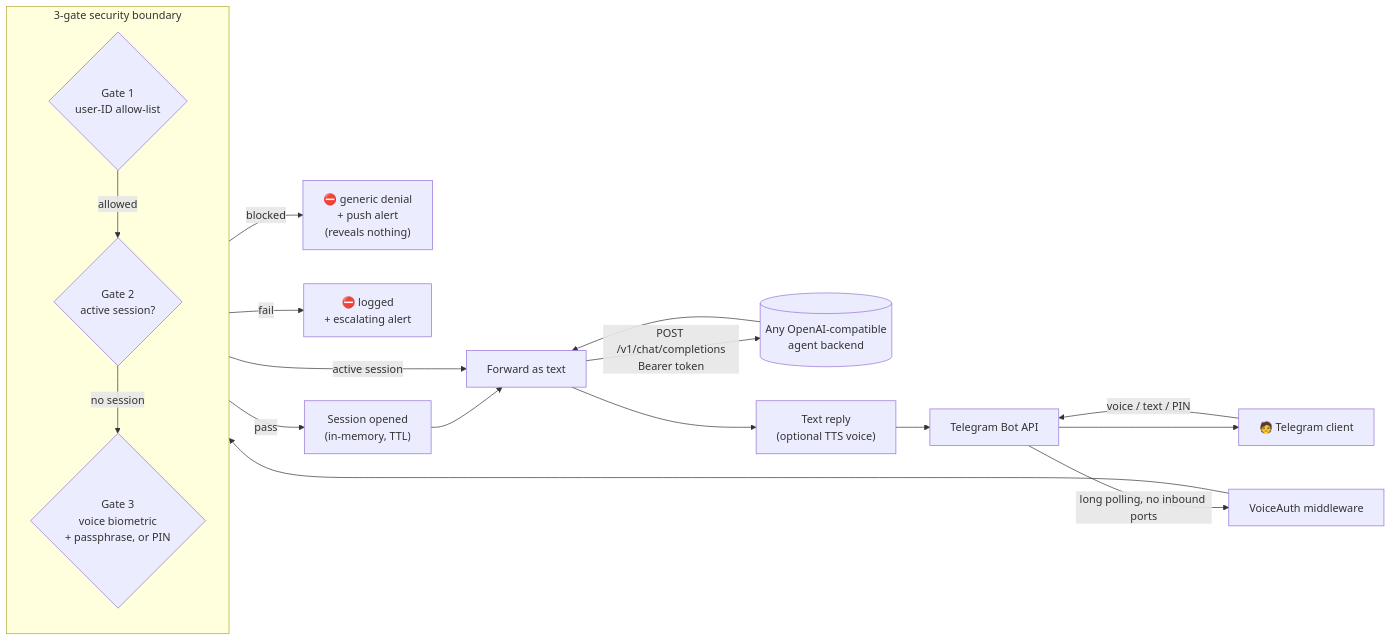
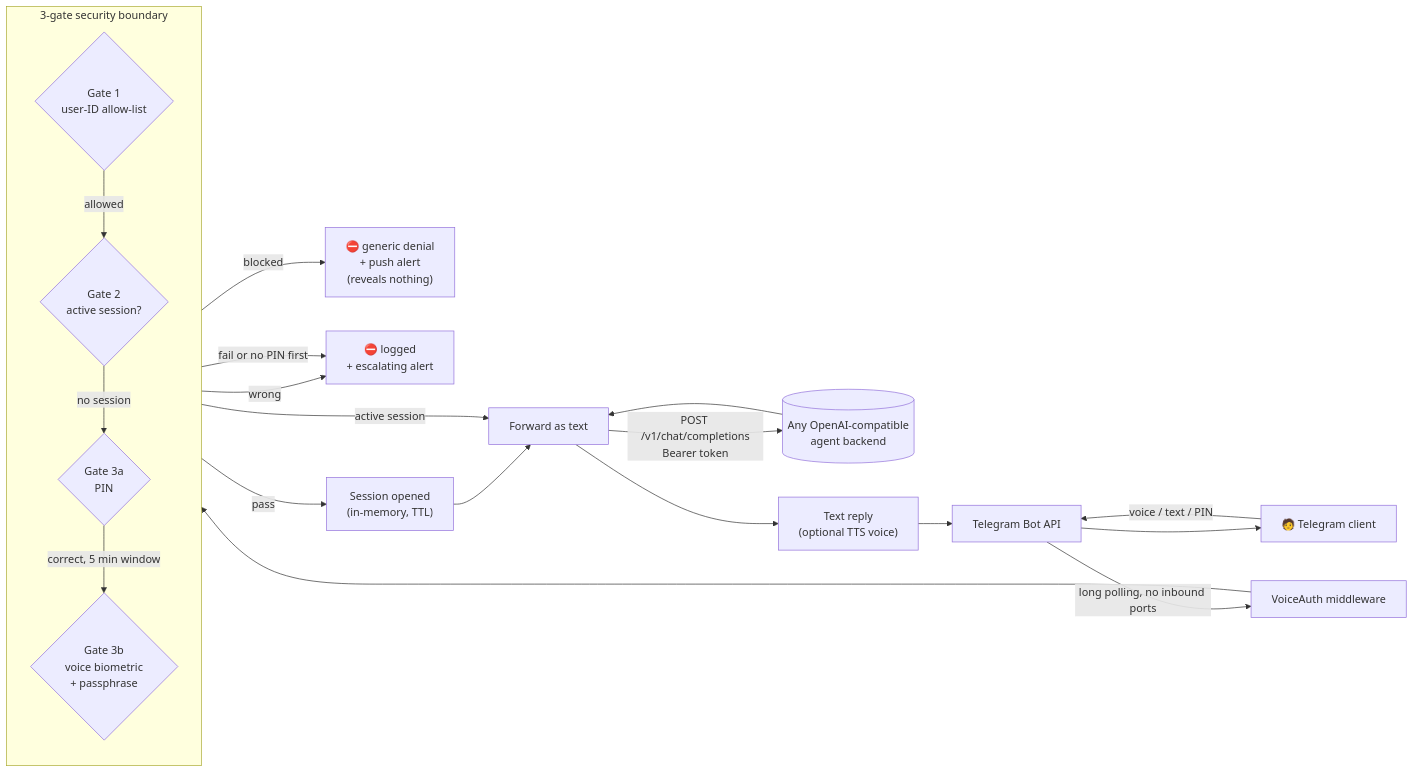
Before and after one commit to RodrigoCossi/VoiceAuth: the first of 2 diagrams in README.md, drawn with Mermaid. The commit also changed other lines of this file, not shown here.

First line of the commit message:
Docs: PIN is now a required first factor, not a fallback to voice

````diff
--- a/README.md
+++ b/README.md
@@ -26,26 +26,29 @@
 ```mermaid
 flowchart LR
     U["🧑 Telegram client"] -->|voice / text / PIN| TG["Telegram Bot API"]
     TG -->|long polling, no inbound ports| MW["VoiceAuth middleware"]
 
     subgraph Gates["3-gate security boundary"]
         direction TB
         G1{"Gate 1\nuser-ID allow-list"}
         G2{"Gate 2\nactive session?"}
-        G3{"Gate 3\nvoice biometric\n+ passphrase, or PIN"}
+        G3a{"Gate 3a\nPIN"}
+        G3b{"Gate 3b\nvoice biometric\n+ passphrase"}
         G1 -->|allowed| G2
-        G2 -->|no session| G3
+        G2 -->|no session| G3a
+        G3a -->|correct, 5 min window| G3b
     end
 
     MW --> G1
     G1 -->|blocked| DENY["⛔ generic denial\n+ push alert\n(reveals nothing)"]
-    G3 -->|fail| DENY2["⛔ logged\n+ escalating alert"]
-    G3 -->|pass| SESSION["Session opened\n(in-memory, TTL)"]
+    G3a -->|wrong| DENY2["⛔ logged\n+ escalating alert"]
+    G3b -->|fail or no PIN first| DENY2
+    G3b -->|pass| SESSION["Session opened\n(in-memory, TTL)"]
     G2 -->|active session| FWD
     SESSION --> FWD["Forward as text"]
 
     FWD -->|"POST /v1/chat/completions\nBearer token"| BACKEND[("Any OpenAI-compatible\nagent backend")]
     BACKEND --> FWD
     FWD --> REPLY["Text reply\n(optional TTS voice)"]
     REPLY --> TG --> U
 ```
````
